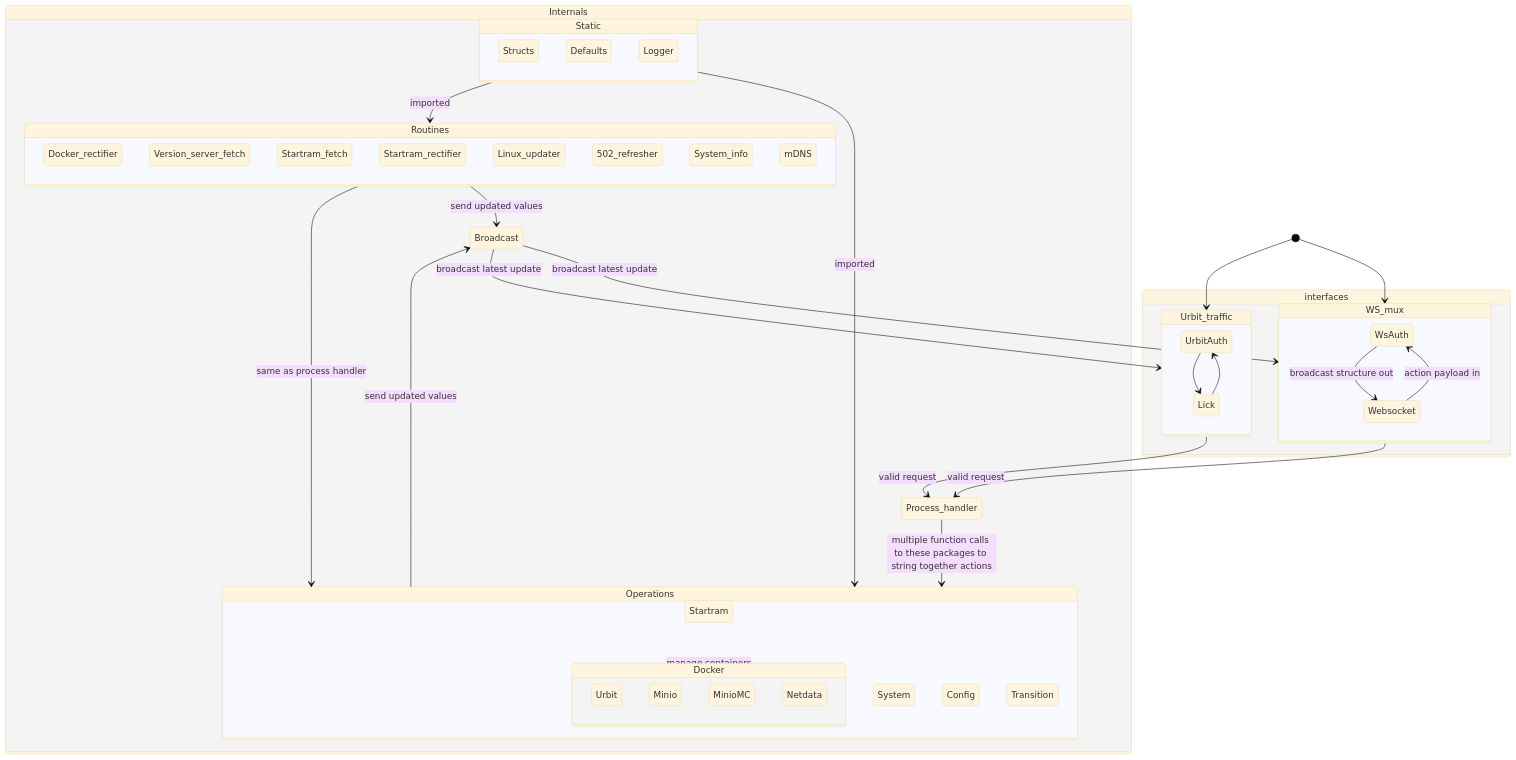
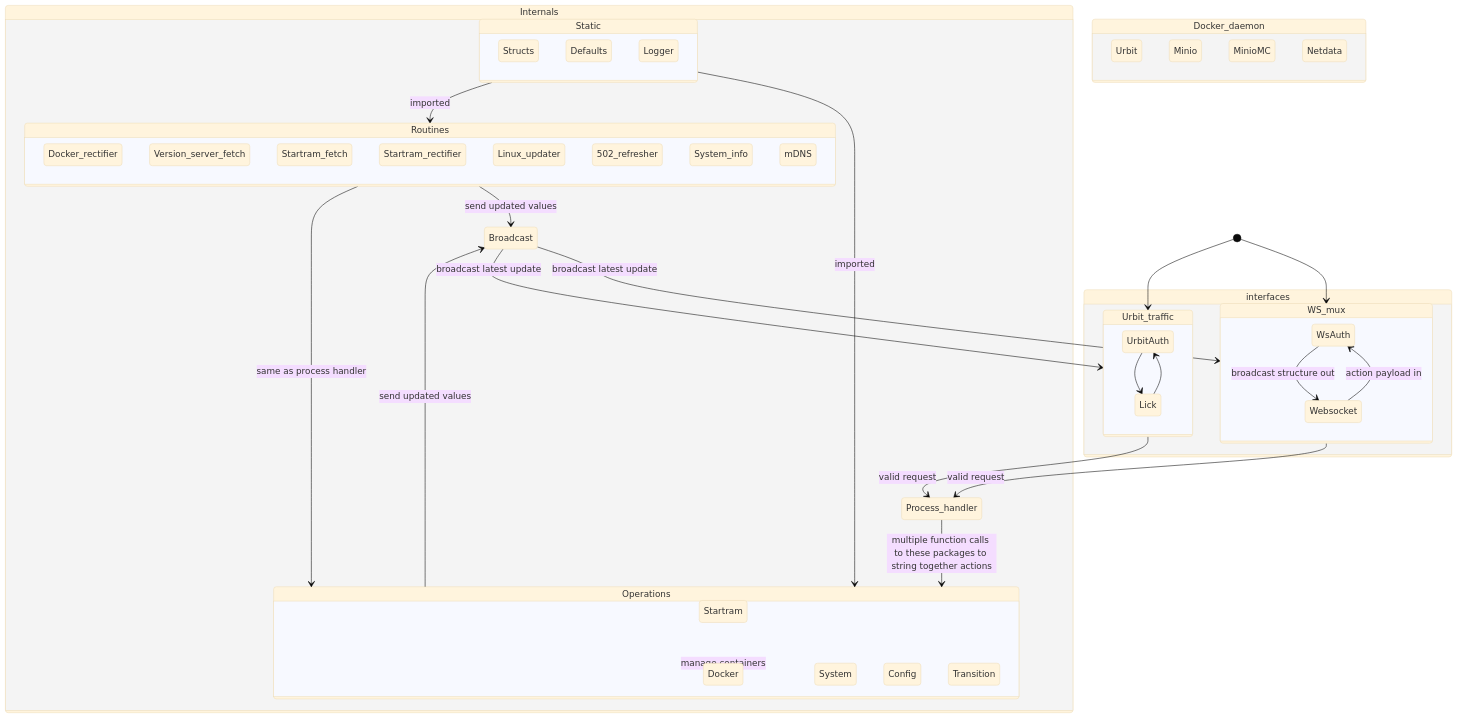
Before and after one commit to Native-Planet/GroundSeg: the diagram in goseg/readme.md, drawn with Mermaid (base theme).

````diff
--- a/goseg/readme.md
+++ b/goseg/readme.md
@@ -3,59 +3,59 @@
 ```mermaid
 stateDiagram-v2
     direction TB
     accTitle: Goseg package diagram
     accDescr: Interactions between packages in Groundseg Go rewrite
     Broadcast-->WS_mux: broadcast latest update
     Broadcast-->Urbit_traffic: broadcast latest update
     Static-->Operations: imported
     Static-->Routines: imported
     state Internals {
         state Static {
             Structs
             Defaults
             Logger
         }
         state Routines {
             Docker_rectifier
             Version_server_fetch
             Startram_fetch
             Startram_rectifier
             Linux_updater
             502_refresher
             System_info
             mDNS
         }
         state Operations {
             Startram
             Docker
             System
             Config
             Transition
         }
         Process_handler-->Operations: multiple function calls to these packages to string together actions
         Operations-->Broadcast: send updated values
         Routines-->Broadcast: send updated values
     }
     [*]-->WS_mux
     [*]-->Urbit_traffic
     WS_mux-->Process_handler: valid request
     Urbit_traffic-->Process_handler: valid request
     Routines-->Operations: same as process handler
     state interfaces {
         state Urbit_traffic {
             UrbitAuth-->Lick
             Lick-->UrbitAuth
         }
         state WS_mux {
             WsAuth-->Websocket: broadcast structure out
             Websocket-->WsAuth: action payload in
         }
     }
-state Docker {
+state Docker_daemon {
     Urbit
     Minio
     MinioMC
     Netdata
 }
 Operations-->Docker: manage containers
 ```
````
